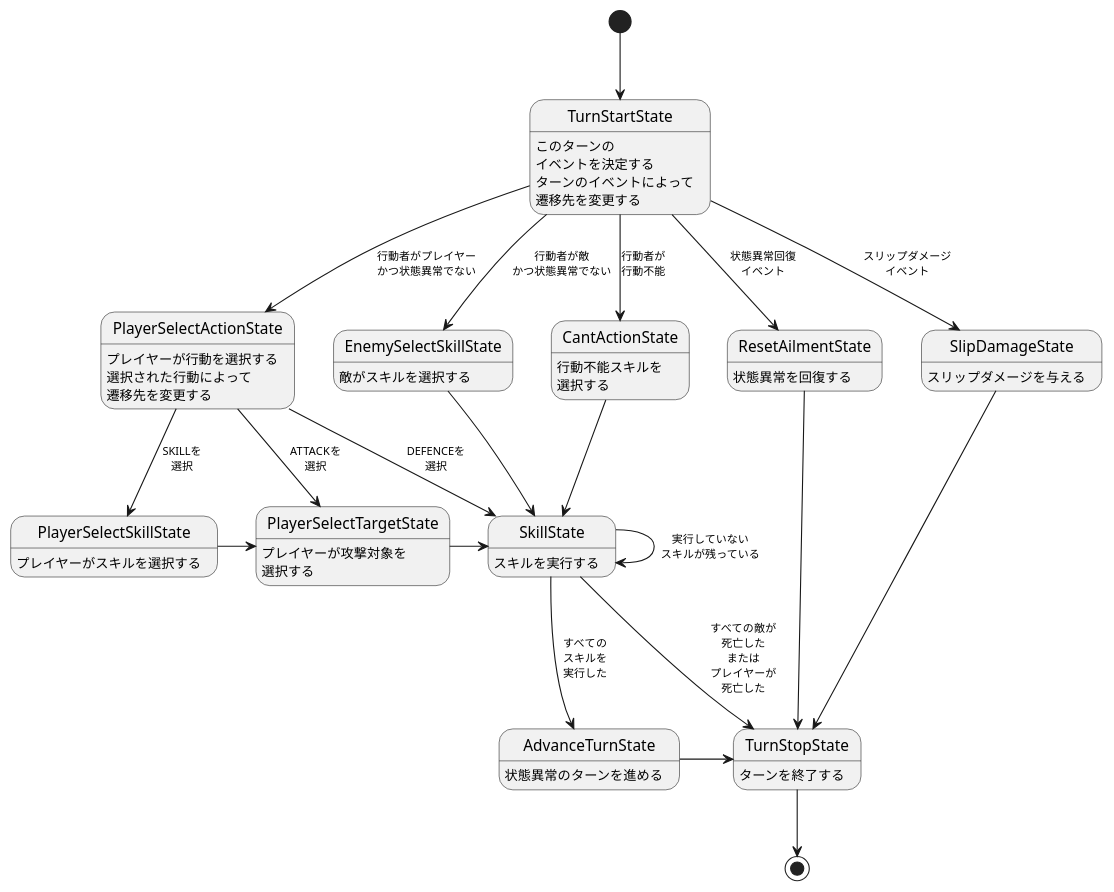
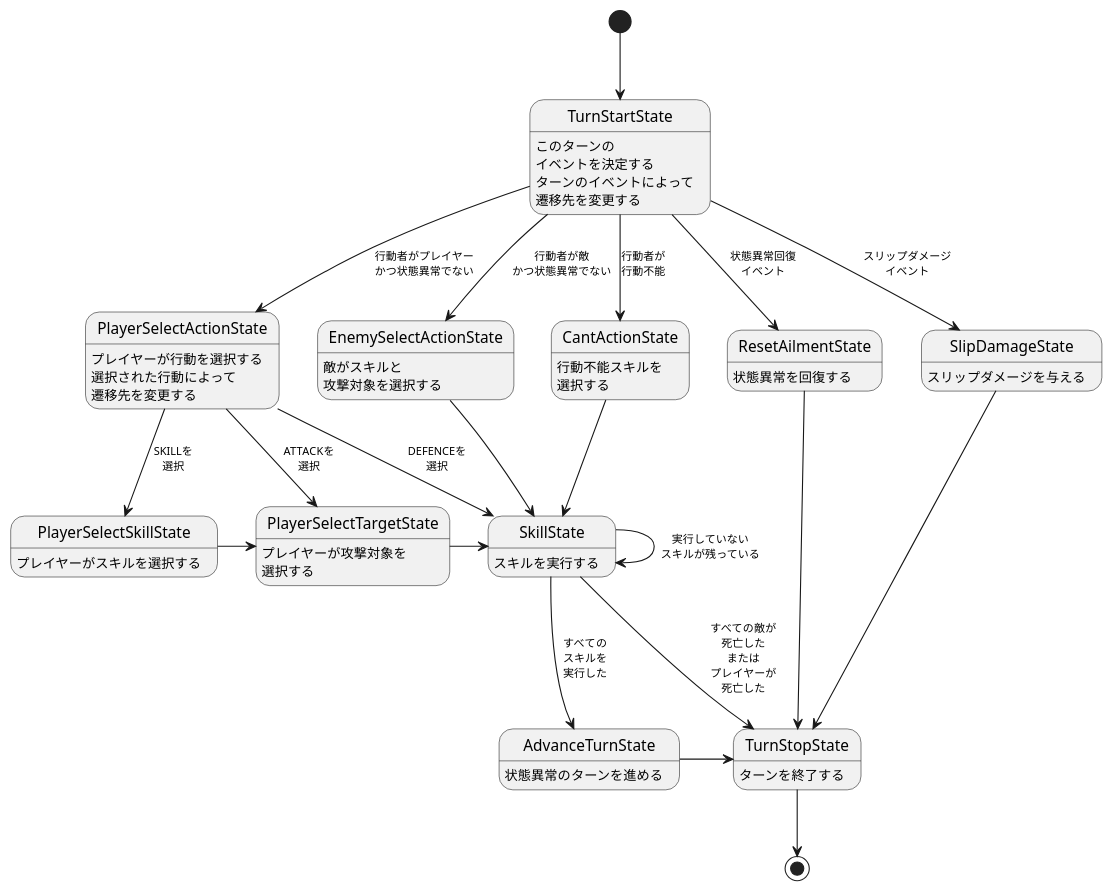
One commit to natsuhiko-maekawa/RPG changed the diagram in Documents/PlantUML/TurnStateDiagram.puml. Above: the diagram before and after it, drawn with PlantUML.

Commit message:
EnemySelectActionStateの名前と説明を修正

```diff
--- a/Documents/PlantUML/TurnStateDiagram.puml
+++ b/Documents/PlantUML/TurnStateDiagram.puml
@@ -1,44 +1,44 @@
 @startuml
 'https://plantuml.com/ja/state-diagram
 
 <style>
 stateDiagram {
   arrow {
     FontSize 10
   }
 }
 </style>
 
 [*] --> TurnStartState
 TurnStartState --> PlayerSelectActionState : 行動者がプレイヤー\nかつ状態異常でない
 PlayerSelectActionState --> PlayerSelectSkillState : SKILLを\n選択
 PlayerSelectActionState --> PlayerSelectTargetState : ATTACKを\n選択
 PlayerSelectActionState --> SkillState : DEFENCEを\n選択
 PlayerSelectSkillState -> PlayerSelectTargetState
 PlayerSelectTargetState -> SkillState
-TurnStartState --> EnemySelectSkillState : 行動者が敵\nかつ状態異常でない
-EnemySelectSkillState --> SkillState
+TurnStartState --> EnemySelectActionState : 行動者が敵\nかつ状態異常でない
+EnemySelectActionState --> SkillState
 TurnStartState --> CantActionState : 行動者が\n行動不能
 CantActionState --> SkillState
 SkillState --> SkillState : 実行していない\nスキルが残っている
 SkillState --> AdvanceTurnState : すべての\nスキルを\n実行した
 SkillState --> TurnStopState : すべての敵が\n死亡した\nまたは\nプレイヤーが\n死亡した
 AdvanceTurnState -> TurnStopState
 TurnStartState --> ResetAilmentState : 状態異常回復\nイベント
 ResetAilmentState ---> TurnStopState
 TurnStartState --> SlipDamageState : スリップダメージ\nイベント
 SlipDamageState ---> TurnStopState
 TurnStopState --> [*]
 
 TurnStartState : このターンの\nイベントを決定する\nターンのイベントによって\n遷移先を変更する
 PlayerSelectActionState : プレイヤーが行動を選択する\n選択された行動によって\n遷移先を変更する
 PlayerSelectSkillState : プレイヤーがスキルを選択する
 PlayerSelectTargetState : プレイヤーが攻撃対象を\n選択する
-EnemySelectSkillState : 敵がスキルを選択する
+EnemySelectActionState : 敵がスキルと\n攻撃対象を選択する
 CantActionState : 行動不能スキルを\n選択する
 SkillState : スキルを実行する
 AdvanceTurnState : 状態異常のターンを進める
 ResetAilmentState : 状態異常を回復する
 SlipDamageState : スリップダメージを与える
 TurnStopState : ターンを終了する
 @enduml
```
